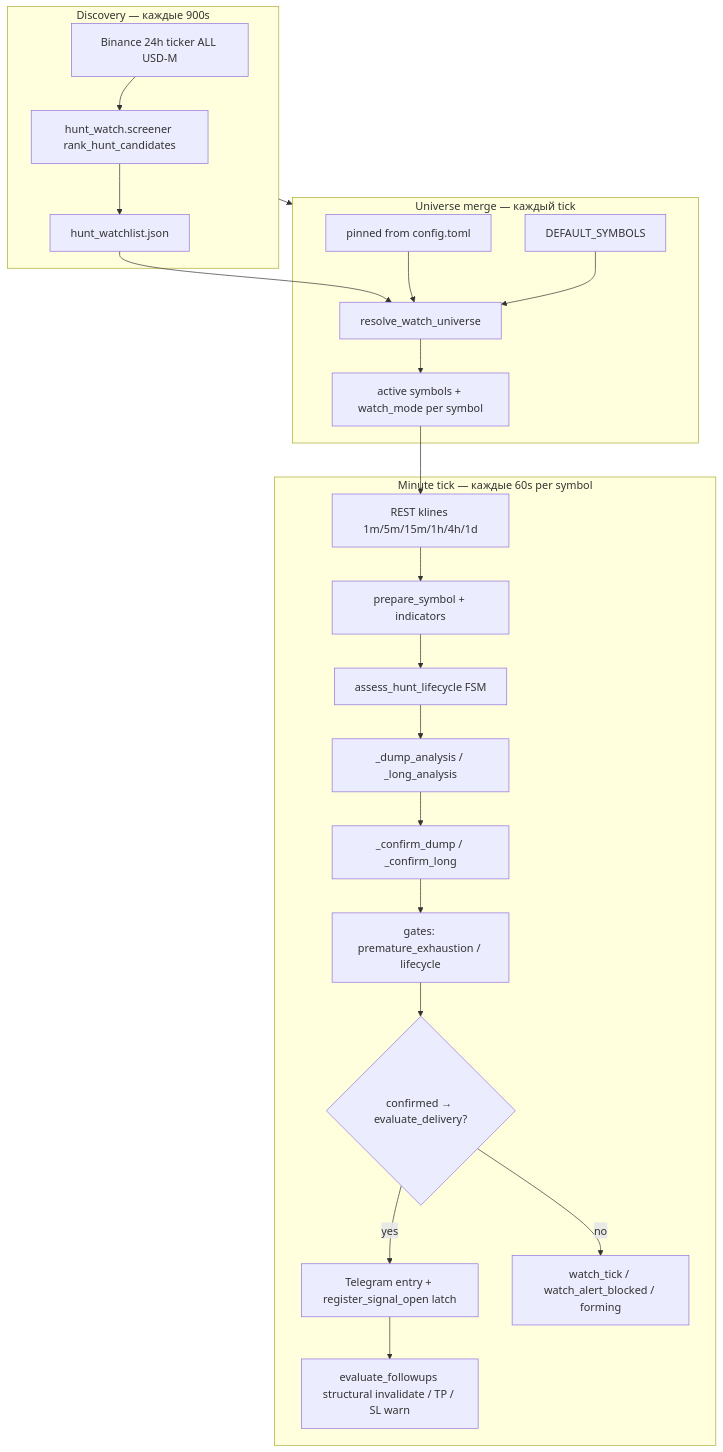
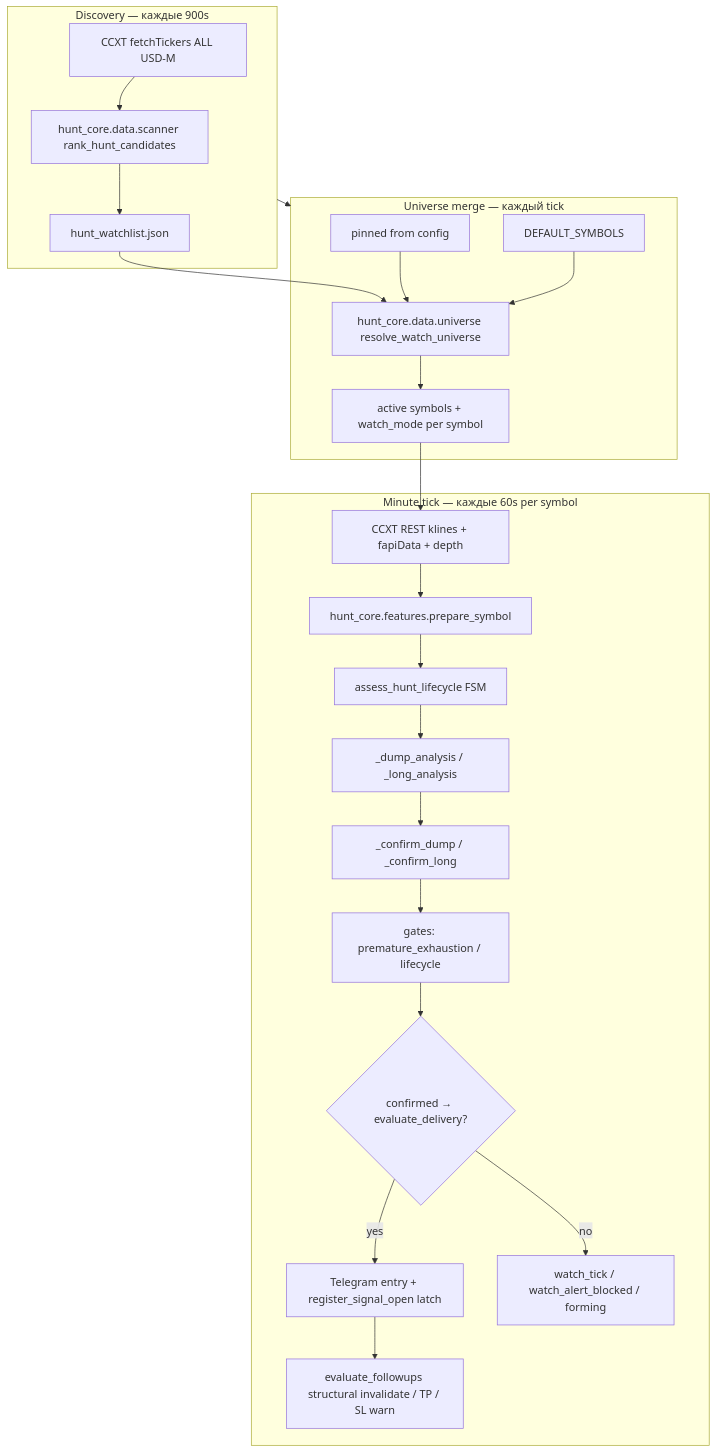
One commit to TrololoBird/Crypto-Analytic-Signal-Bot changed the first of 2 diagrams in hunt/ARCHITECTURE.md. Above: the diagram before and after it, drawn with Mermaid. The commit also changed other lines of this file and 115 other files, not shown here.

First line of the commit message:
hunt: WS-first hot path, dual delivery lanes, CVD/order-flow fixes

````diff
--- a/hunt/ARCHITECTURE.md
+++ b/hunt/ARCHITECTURE.md
@@ -33,33 +33,33 @@
 ```mermaid
 flowchart TB
     subgraph discovery [Discovery — каждые 900s]
-        T[Binance 24h ticker ALL USD-M]
-        S[hunt_watch.screener rank_hunt_candidates]
+        T[CCXT fetchTickers ALL USD-M]
+        S[hunt_core.data.scanner rank_hunt_candidates]
         W[hunt_watchlist.json]
         T --> S --> W
     end
 
     subgraph universe [Universe merge — каждый tick]
-        P[pinned from config.toml]
+        P[pinned from config]
         D[DEFAULT_SYMBOLS]
-        W --> M[resolve_watch_universe]
+        W --> M[hunt_core.data.universe resolve_watch_universe]
         P --> M
         D --> M
         M --> U[active symbols + watch_mode per symbol]
     end
 
     subgraph tick [Minute tick — каждые 60s per symbol]
-        U --> R[REST klines 1m/5m/15m/1h/4h/1d]
-        R --> F[prepare_symbol + indicators]
+        U --> R[CCXT REST klines + fapiData + depth]
+        R --> F[hunt_core.features.prepare_symbol]
         F --> L[assess_hunt_lifecycle FSM]
         L --> A[_dump_analysis / _long_analysis]
         A --> C[_confirm_dump / _confirm_long]
         C --> G[gates: premature_exhaustion / lifecycle]
         G --> TG{confirmed → evaluate_delivery?}
         TG -->|yes| Send[Telegram entry + register_signal_open latch]
         TG -->|no| Log[watch_tick / watch_alert_blocked / forming]
         Send --> TR[evaluate_followups structural invalidate / TP / SL warn]
     end
 
     discovery --> universe
 ```
````
